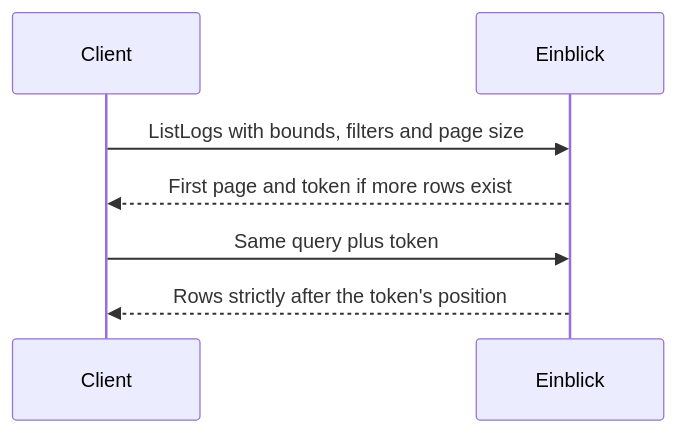
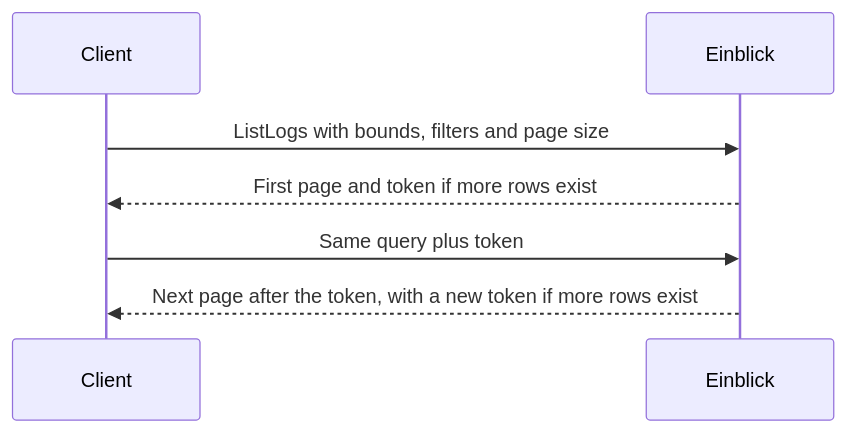
Before and after one commit to alexfalkowski/einblick: the diagram in docs/queries.md, drawn with Mermaid. The commit also changed other lines of this file and 16 other files, not shown here.

````diff
--- a/docs/queries.md
+++ b/docs/queries.md
@@ -155,11 +163,11 @@
 ```mermaid
 sequenceDiagram
     accTitle: Continue a log query
     accDescr: Keep the query parameters fixed and pass the returned token to read rows after the last result in descending order.
     participant C as Client
     participant E as Einblick
     C->>E: ListLogs with bounds, filters and page size
     E-->>C: First page and token if more rows exist
     C->>E: Same query plus token
-    E-->>C: Rows strictly after the token's position
+    E-->>C: Next page after the token, with a new token if more rows exist
 ```
````
